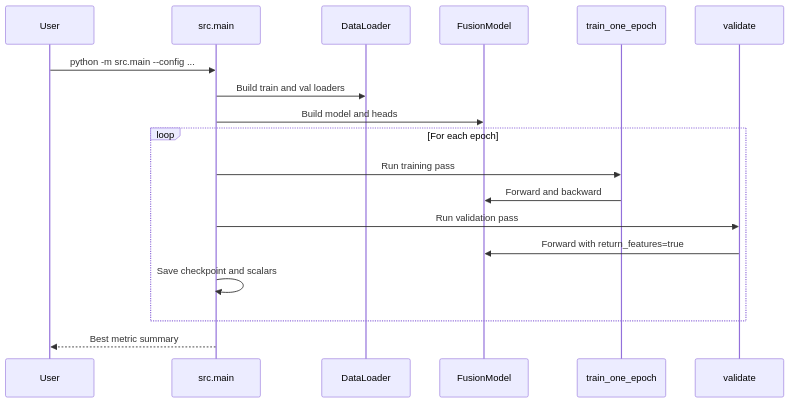
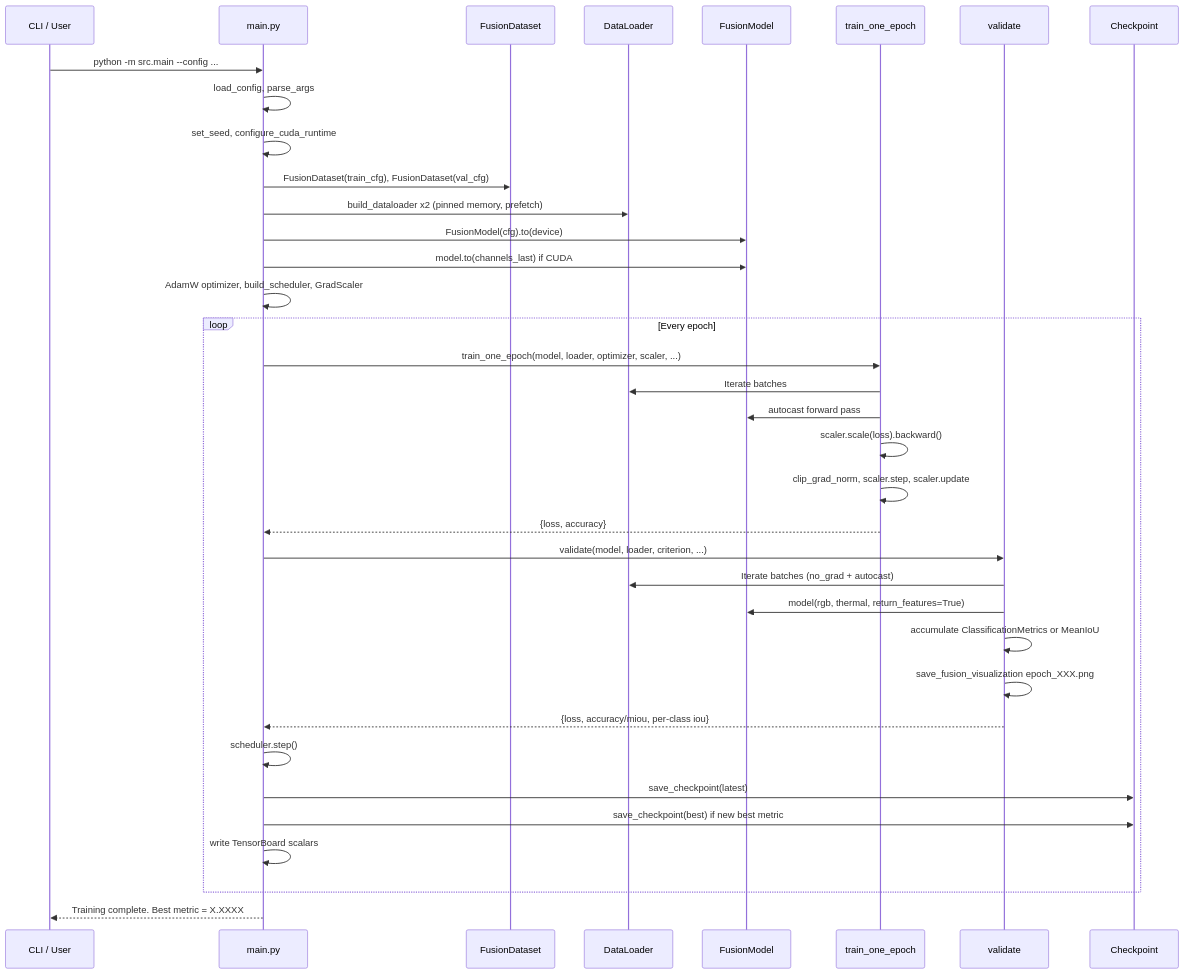
One commit to hkevin01/rgbt-fusion changed the fifth of 8 diagrams in README.md. Above: the diagram before and after it, drawn with Mermaid. The commit also changed other lines of this file, not shown here.

Commit message:
Implement feature X to enhance user experience and fix bug Y in module Z

````diff
--- a/README.md
+++ b/README.md
@@ -177,20 +352,43 @@
 ```mermaid
 sequenceDiagram
-    participant U as User
-    participant M as src.main
-    participant D as DataLoader
-    participant F as FusionModel
-    participant T as train_one_epoch
-    participant V as validate
-    U->>M: python -m src.main --config ...
-    M->>D: Build train and val loaders
-    M->>F: Build model and heads
-    loop For each epoch
-        M->>T: Run training pass
-        T->>F: Forward and backward
-        M->>V: Run validation pass
-        V->>F: Forward with return_features=true
-        M->>M: Save checkpoint and scalars
+    participant CLI as CLI / User
+    participant M as main.py
+    participant DS as FusionDataset
+    participant DL as DataLoader
+    participant FM as FusionModel
+    participant TR as train_one_epoch
+    participant VL as validate
+    participant CK as Checkpoint
+
+    CLI->>M: python -m src.main --config ...
+    M->>M: load_config, parse_args
+    M->>M: set_seed, configure_cuda_runtime
+    M->>DS: FusionDataset(train_cfg), FusionDataset(val_cfg)
+    M->>DL: build_dataloader x2 (pinned memory, prefetch)
+    M->>FM: FusionModel(cfg).to(device)
+    M->>FM: model.to(channels_last) if CUDA
+    M->>M: AdamW optimizer, build_scheduler, GradScaler
+
+    loop Every epoch
+        M->>TR: train_one_epoch(model, loader, optimizer, scaler, ...)
+        TR->>DL: Iterate batches
+        TR->>FM: autocast forward pass
+        TR->>TR: scaler.scale(loss).backward()
+        TR->>TR: clip_grad_norm, scaler.step, scaler.update
+        TR-->>M: {loss, accuracy}
+
+        M->>VL: validate(model, loader, criterion, ...)
+        VL->>DL: Iterate batches (no_grad + autocast)
+        VL->>FM: model(rgb, thermal, return_features=True)
+        VL->>VL: accumulate ClassificationMetrics or MeanIoU
+        VL->>VL: save_fusion_visualization epoch_XXX.png
+        VL-->>M: {loss, accuracy/miou, per-class iou}
+
+        M->>M: scheduler.step()
+        M->>CK: save_checkpoint(latest)
+        M->>CK: save_checkpoint(best) if new best metric
+        M->>M: write TensorBoard scalars
     end
-    M-->>U: Best metric summary
+
+    M-->>CLI: Training complete. Best metric = X.XXXX
 ```
````
